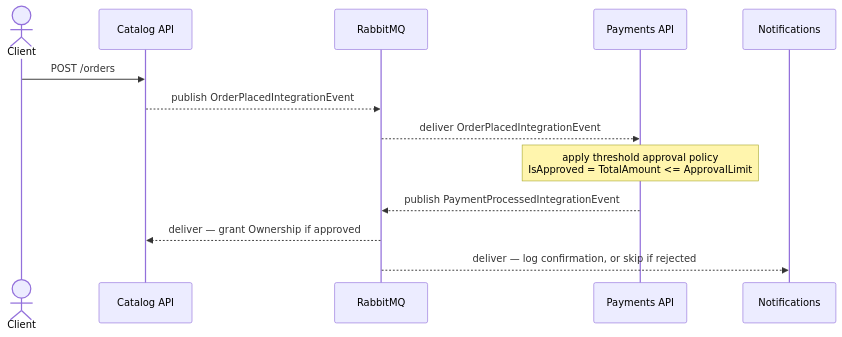
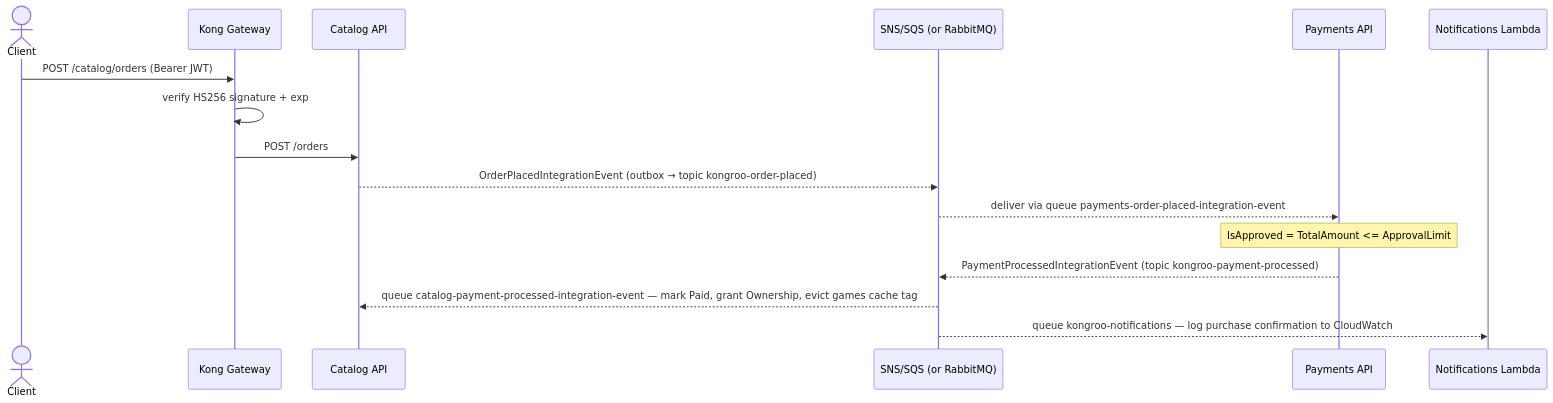
One commit to almeidajr/Kongroo.Orchestration changed the seventh of 7 diagrams in ARCHITECTURE.md. Above: the diagram before and after it, drawn with Mermaid. The commit also changed other lines of this file, not shown here.

Commit message:
docs(architecture): describe the phase 3 gateway, serverless, NoSQL, cache and observability stack

````diff
--- a/ARCHITECTURE.md
+++ b/ARCHITECTURE.md
@@ -198,16 +252,19 @@
 ```mermaid
 sequenceDiagram
     actor Client
+    participant Kong as Kong Gateway
     participant Catalog as Catalog API
-    participant MQ as RabbitMQ
+    participant Bus as SNS/SQS (or RabbitMQ)
     participant Payments as Payments API
-    participant Notif as Notifications
+    participant Lambda as Notifications Lambda
 
-    Client->>Catalog: POST /orders
-    Catalog-->>MQ: publish OrderPlacedIntegrationEvent
-    MQ-->>Payments: deliver OrderPlacedIntegrationEvent
-    Note over Payments: apply threshold approval policy<br/>IsApproved = TotalAmount <= ApprovalLimit
-    Payments-->>MQ: publish PaymentProcessedIntegrationEvent
-    MQ-->>Catalog: deliver — grant Ownership if approved
-    MQ-->>Notif: deliver — log confirmation, or skip if rejected
+    Client->>Kong: POST /catalog/orders (Bearer JWT)
+    Kong->>Kong: verify HS256 signature + exp
+    Kong->>Catalog: POST /orders
+    Catalog-->>Bus: OrderPlacedIntegrationEvent (outbox → topic kongroo-order-placed)
+    Bus-->>Payments: deliver via queue payments-order-placed-integration-event
+    Note over Payments: IsApproved = TotalAmount <= ApprovalLimit
+    Payments-->>Bus: PaymentProcessedIntegrationEvent (topic kongroo-payment-processed)
+    Bus-->>Catalog: queue catalog-payment-processed-integration-event — mark Paid, grant Ownership, evict games cache tag
+    Bus-->>Lambda: queue kongroo-notifications — log purchase confirmation to CloudWatch
 ```
````
